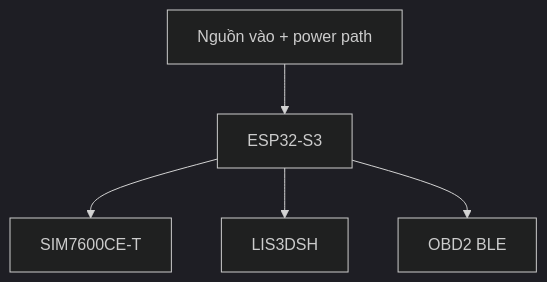
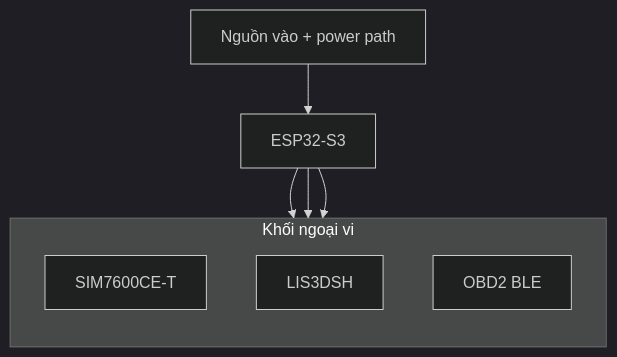
The diagram in resources/reports/thesis/final/assets/uml/07-chuong-4-trien-khai-hardware-hinh-4-4.mmd (anmh1205/IoT_Vehicle_Tracking_System), drawn with Mermaid (dark theme) before and after one commit. The commit also changed 135 other files, not shown here.

```diff
--- a/resources/reports/thesis/final/assets/uml/07-chuong-4-trien-khai-hardware-hinh-4-4.mmd
+++ b/resources/reports/thesis/final/assets/uml/07-chuong-4-trien-khai-hardware-hinh-4-4.mmd
@@ -1,11 +1,13 @@
 flowchart TB
-    MCU["ESP32-S3"]
-    Power["Nguồn vào + power path"]
-    Modem["SIM7600CE-T"]
-    IMU["LIS3DSH"]
-    OBD["OBD2 BLE"]
+    Power["Nguồn vào + power path"] --> MCU["ESP32-S3"]
 
-    Power --> MCU
+    subgraph Peripheral["Khối ngoại vi"]
+        direction TB
+        Modem["SIM7600CE-T"]
+        IMU["LIS3DSH"]
+        OBD["OBD2 BLE"]
+    end
+
     MCU --> Modem
     MCU --> IMU
     MCU --> OBD
```
